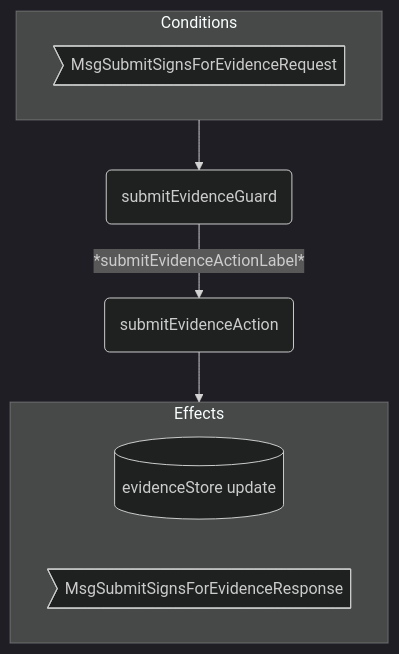
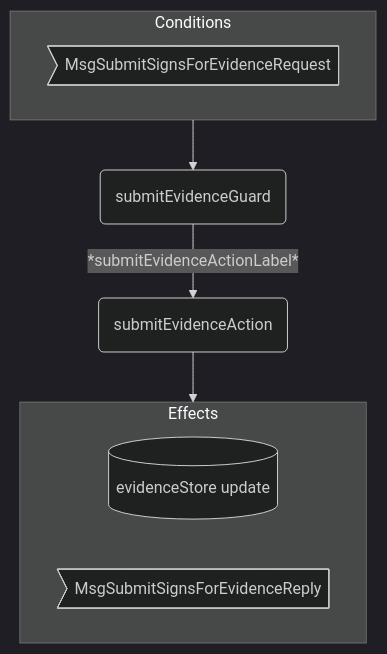
Before and after one commit to anoma/nspec: the second of 3 diagrams in docs/arch/node/engines/signs_for_behaviour.juvix.md, drawn with Mermaid (dark theme). The commit also changed other lines of this file and 37 other files, not shown here.

Commit message:
Renamed all instances of "Response" to "Reply" in message interfaces for consistency across commitment, decryption, identity management, and other engines.

````diff
--- a/docs/arch/node/engines/signs_for_behaviour.juvix.md
+++ b/docs/arch/node/engines/signs_for_behaviour.juvix.md
@@ -554,16 +554,16 @@
 ```mermaid
 flowchart TD
   subgraph C[Conditions]
     CMsg>MsgSubmitSignsForEvidenceRequest]
   end
 
   G(submitEvidenceGuard)
   A(submitEvidenceAction)
 
   C --> G -- *submitEvidenceActionLabel* --> A --> E
 
   subgraph E[Effects]
     EEnv[(evidenceStore update)]
-    EMsg>MsgSubmitSignsForEvidenceResponse]
+    EMsg>MsgSubmitSignsForEvidenceReply]
   end
 ```
````
